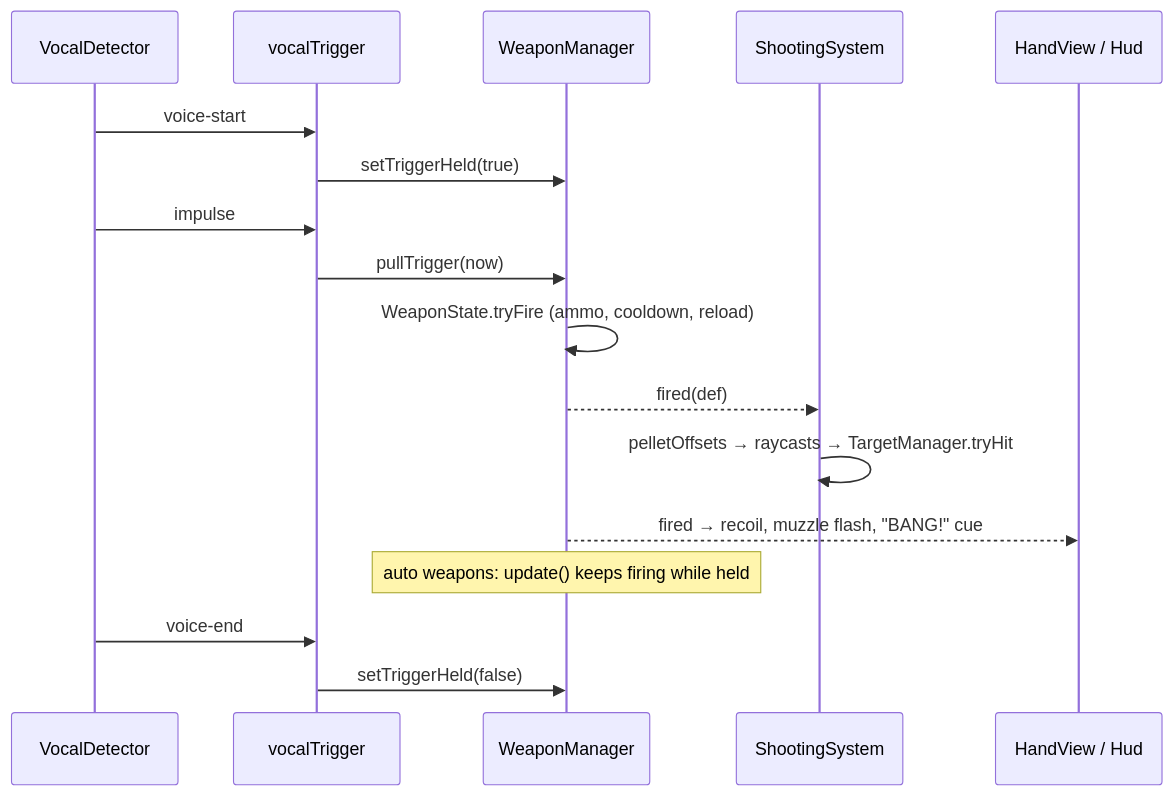
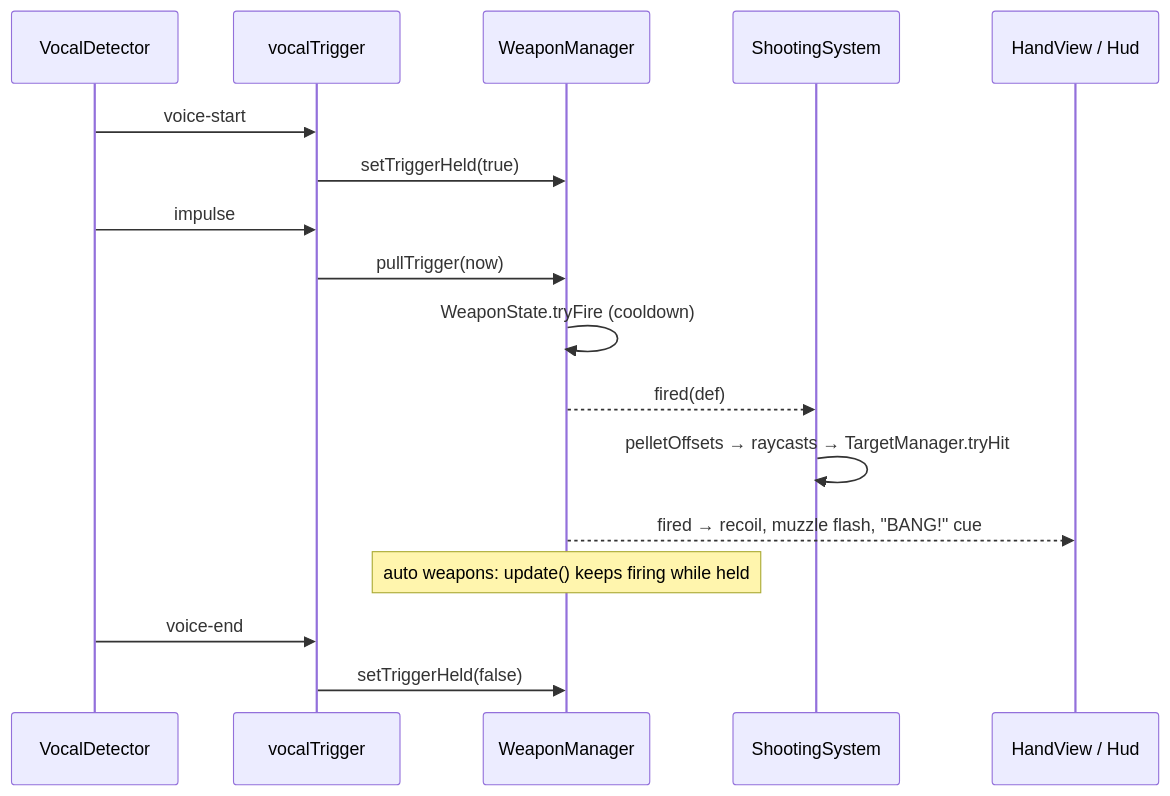
One commit to DanGimeno/bangbang-mvp changed the fourth of 4 diagrams in docs/ARCHITECTURE.md. Above: the diagram before and after it, drawn with Mermaid. The commit also changed other lines of this file and 16 other files, not shown here.

````diff
--- a/docs/ARCHITECTURE.md
+++ b/docs/ARCHITECTURE.md
@@ -165,19 +164,19 @@
 ```mermaid
 sequenceDiagram
   participant D as VocalDetector
   participant T as vocalTrigger
   participant W as WeaponManager
   participant S as ShootingSystem
   participant H as HandView / Hud
   D->>T: voice-start
   T->>W: setTriggerHeld(true)
   D->>T: impulse
   T->>W: pullTrigger(now)
-  W->>W: WeaponState.tryFire (ammo, cooldown, reload)
+  W->>W: WeaponState.tryFire (cooldown)
   W-->>S: fired(def)
   S->>S: pelletOffsets → raycasts → TargetManager.tryHit
   W-->>H: fired → recoil, muzzle flash, "BANG!" cue
   Note over W: auto weapons: update() keeps firing while held
   D->>T: voice-end
   T->>W: setTriggerHeld(false)
 ```
````
